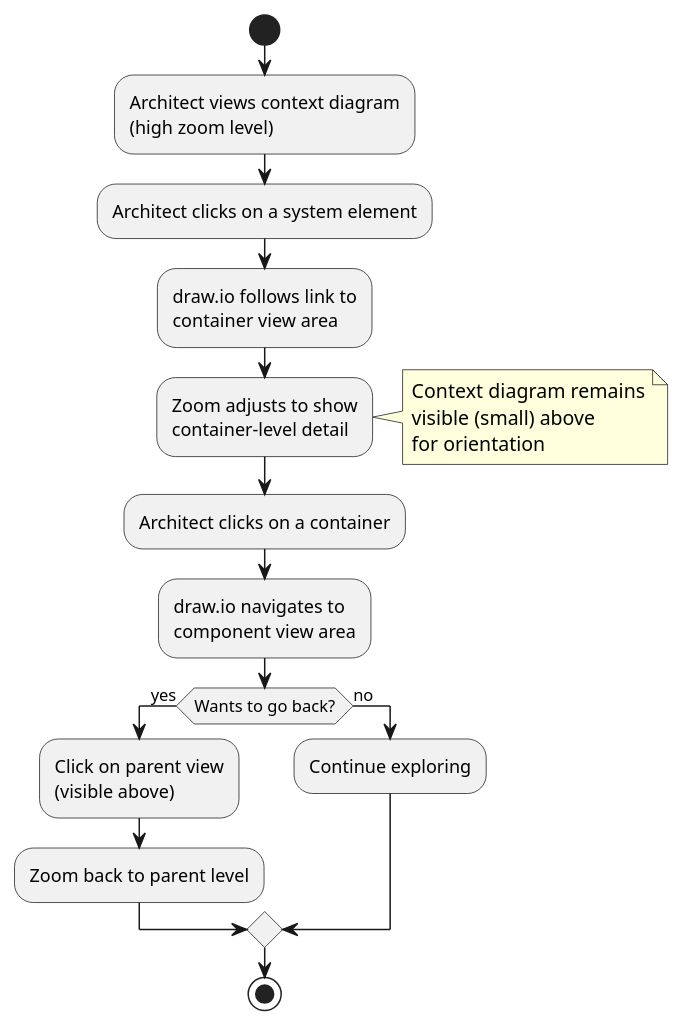
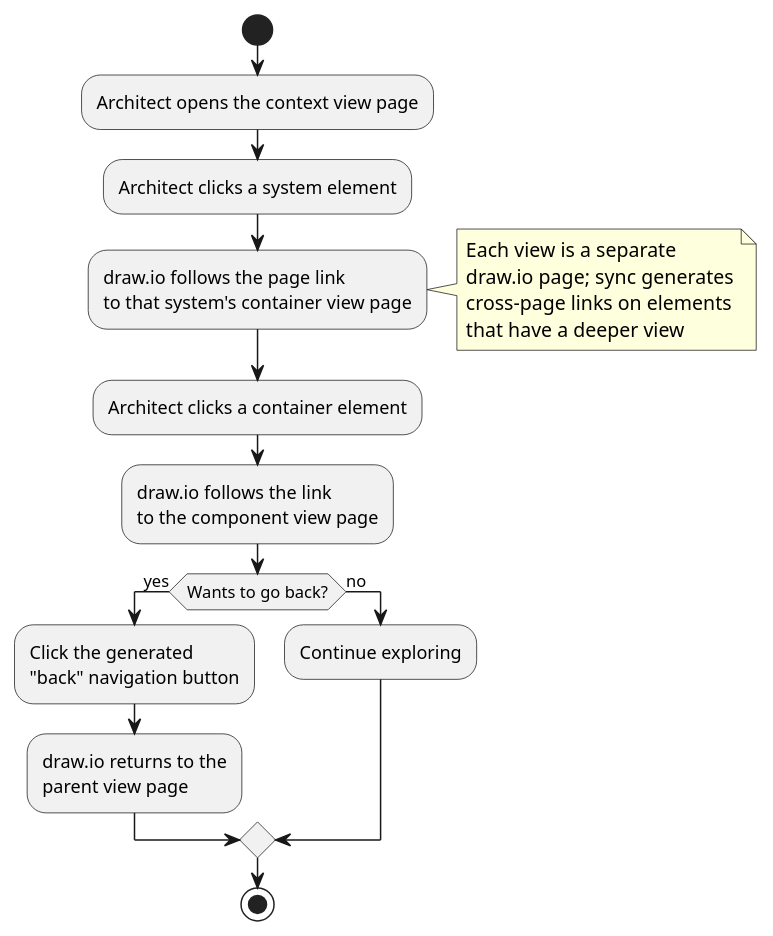
Before and after one commit to docToolchain/Bausteinsicht: the seventh of 8 diagrams in src/docs/spec/01_use_cases.adoc, drawn with PlantUML. The commit also changed other lines of this file and 7 other files, not shown here.

```diff
--- a/src/docs/spec/01_use_cases.adoc
+++ b/src/docs/spec/01_use_cases.adoc
@@ -354,29 +354,28 @@
 [plantuml, uc07-drilldown, png]
 ....
 @startuml
 start
-:Architect views context diagram
-(high zoom level);
-:Architect clicks on a system element;
-:draw.io follows link to
-container view area;
-:Zoom adjusts to show
-container-level detail;
+:Architect opens the context view page;
+:Architect clicks a system element;
+:draw.io follows the page link
+to that system's container view page;
 note right
-  Context diagram remains
-  visible (small) above
-  for orientation
+  Each view is a separate
+  draw.io page; sync generates
+  cross-page links on elements
+  that have a deeper view
 end note
-:Architect clicks on a container;
-:draw.io navigates to
-component view area;
+:Architect clicks a container element;
+:draw.io follows the link
+to the component view page;
 if (Wants to go back?) then (yes)
-  :Click on parent view
-  (visible above);
-  :Zoom back to parent level;
+  :Click the generated
+  "back" navigation button;
+  :draw.io returns to the
+  parent view page;
 else (no)
   :Continue exploring;
 endif
 stop
 @enduml
 ....
```
